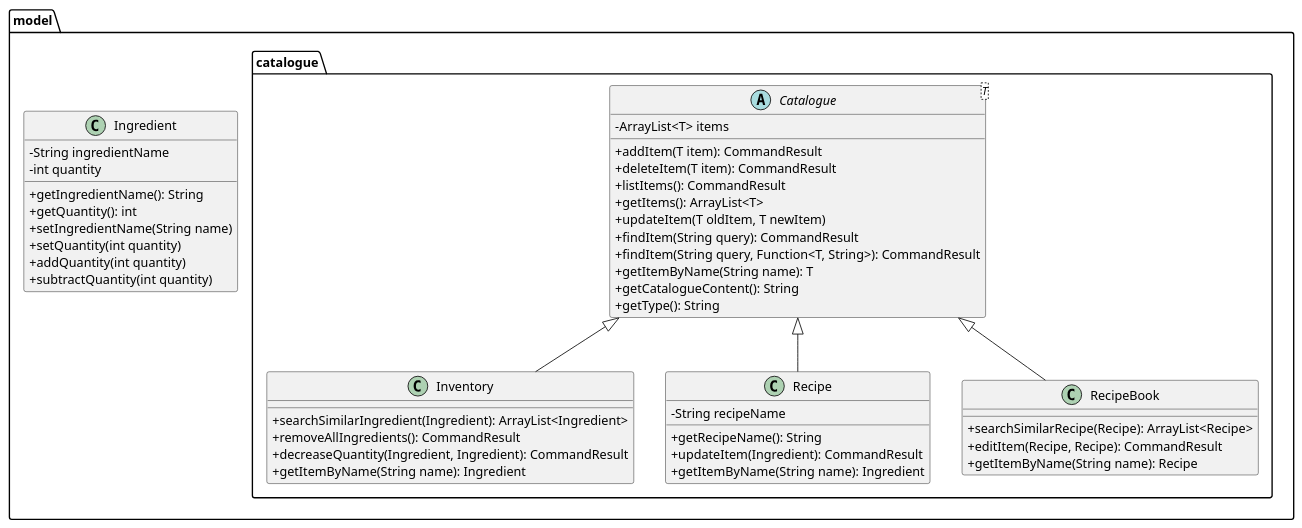
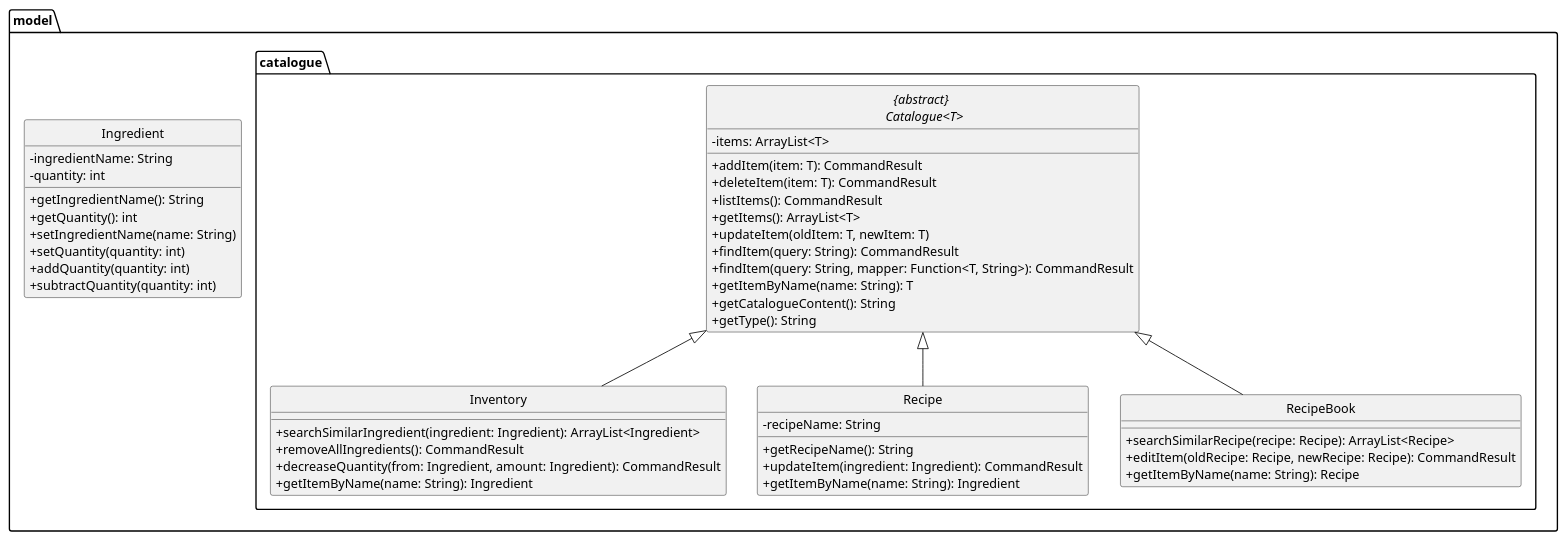
Before and after one commit to ChingWhee/tp: the diagram in docs/diagrams/model.puml, drawn with PlantUML. The commit also changed 3 other files, not shown here.

Commit message:
Update DG UML diagrams

```diff
--- a/docs/diagrams/model.puml
+++ b/docs/diagrams/model.puml
@@ -1,56 +1,60 @@
 @startuml
+hide circle
 skinparam classAttributeIconSize 0
 
 package "model" {
+
     class Ingredient {
-        -String ingredientName
-        -int quantity
-        +getIngredientName(): String
-        +getQuantity(): int
-        +setIngredientName(String name)
-        +setQuantity(int quantity)
-        +addQuantity(int quantity)
-        +subtractQuantity(int quantity)
+        - ingredientName: String
+        - quantity: int
+        + getIngredientName(): String
+        + getQuantity(): int
+        + setIngredientName(name: String)
+        + setQuantity(quantity: int)
+        + addQuantity(quantity: int)
+        + subtractQuantity(quantity: int)
     }
 
     package "catalogue" {
-        abstract class Catalogue<T> {
-            -ArrayList<T> items
-            +addItem(T item): CommandResult
-            +deleteItem(T item): CommandResult
-            +listItems(): CommandResult
-            +getItems(): ArrayList<T>
-            +updateItem(T oldItem, T newItem)
-            +findItem(String query): CommandResult
-            +findItem(String query, Function<T, String>): CommandResult
-            +getItemByName(String name): T
-            +getCatalogueContent(): String
-            +getType(): String
+
+        abstract class "{abstract} \n Catalogue<T>" {
+            - items: ArrayList<T>
+            + addItem(item: T): CommandResult
+            + deleteItem(item: T): CommandResult
+            + listItems(): CommandResult
+            + getItems(): ArrayList<T>
+            + updateItem(oldItem: T, newItem: T)
+            + findItem(query: String): CommandResult
+            + findItem(query: String, mapper: Function<T, String>): CommandResult
+            + getItemByName(name: String): T
+            + getCatalogueContent(): String
+            + getType(): String
         }
 
         class Inventory {
-            +searchSimilarIngredient(Ingredient): ArrayList<Ingredient>
-            +removeAllIngredients(): CommandResult
-            +decreaseQuantity(Ingredient, Ingredient): CommandResult
-            +getItemByName(String name): Ingredient
+            + searchSimilarIngredient(ingredient: Ingredient): ArrayList<Ingredient>
+            + removeAllIngredients(): CommandResult
+            + decreaseQuantity(from: Ingredient, amount: Ingredient): CommandResult
+            + getItemByName(name: String): Ingredient
         }
 
         class Recipe {
-            -String recipeName
-            +getRecipeName(): String
-            +updateItem(Ingredient): CommandResult
-            +getItemByName(String name): Ingredient
+            - recipeName: String
+            + getRecipeName(): String
+            + updateItem(ingredient: Ingredient): CommandResult
+            + getItemByName(name: String): Ingredient
         }
 
         class RecipeBook {
-            +searchSimilarRecipe(Recipe): ArrayList<Recipe>
-            +editItem(Recipe, Recipe): CommandResult
-            +getItemByName(String name): Recipe
+            + searchSimilarRecipe(recipe: Recipe): ArrayList<Recipe>
+            + editItem(oldRecipe: Recipe, newRecipe: Recipe): CommandResult
+            + getItemByName(name: String): Recipe
         }
 
-        Catalogue <|-- Inventory
-        Catalogue <|-- Recipe
-        Catalogue <|-- RecipeBook
+        "{abstract} \n Catalogue<T>" <|-- Inventory
+        "{abstract} \n Catalogue<T>" <|-- Recipe
+        "{abstract} \n Catalogue<T>" <|-- RecipeBook
     }
 }
+
 @enduml
```
